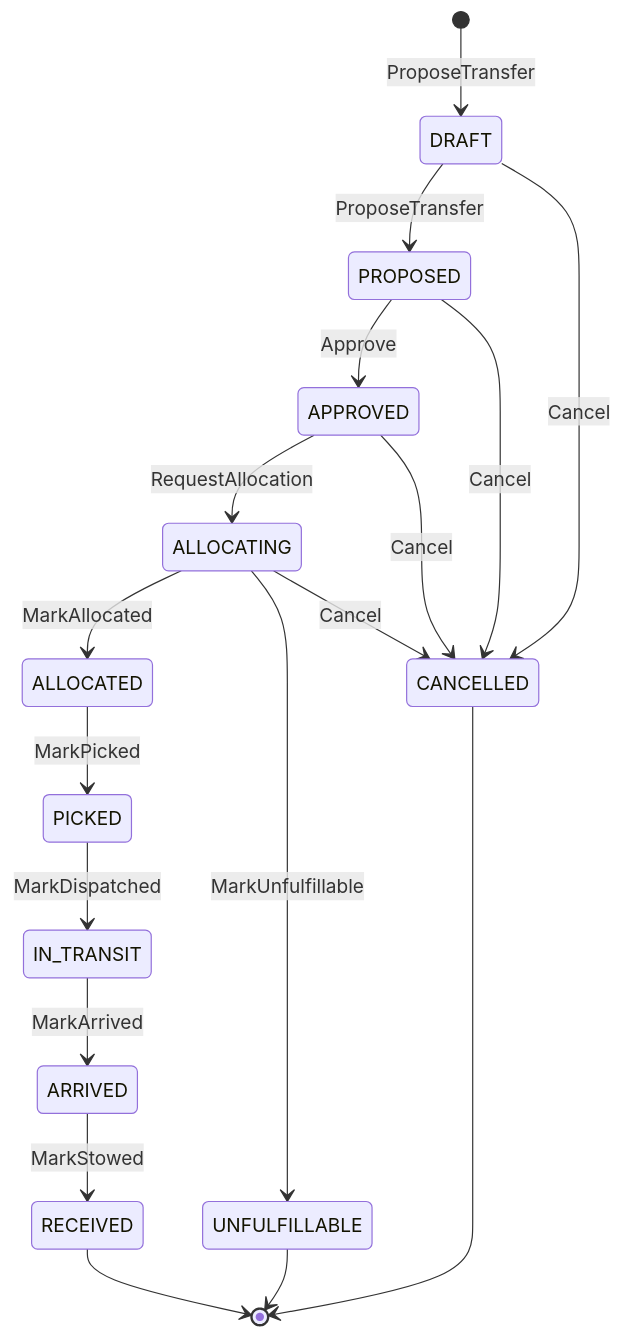
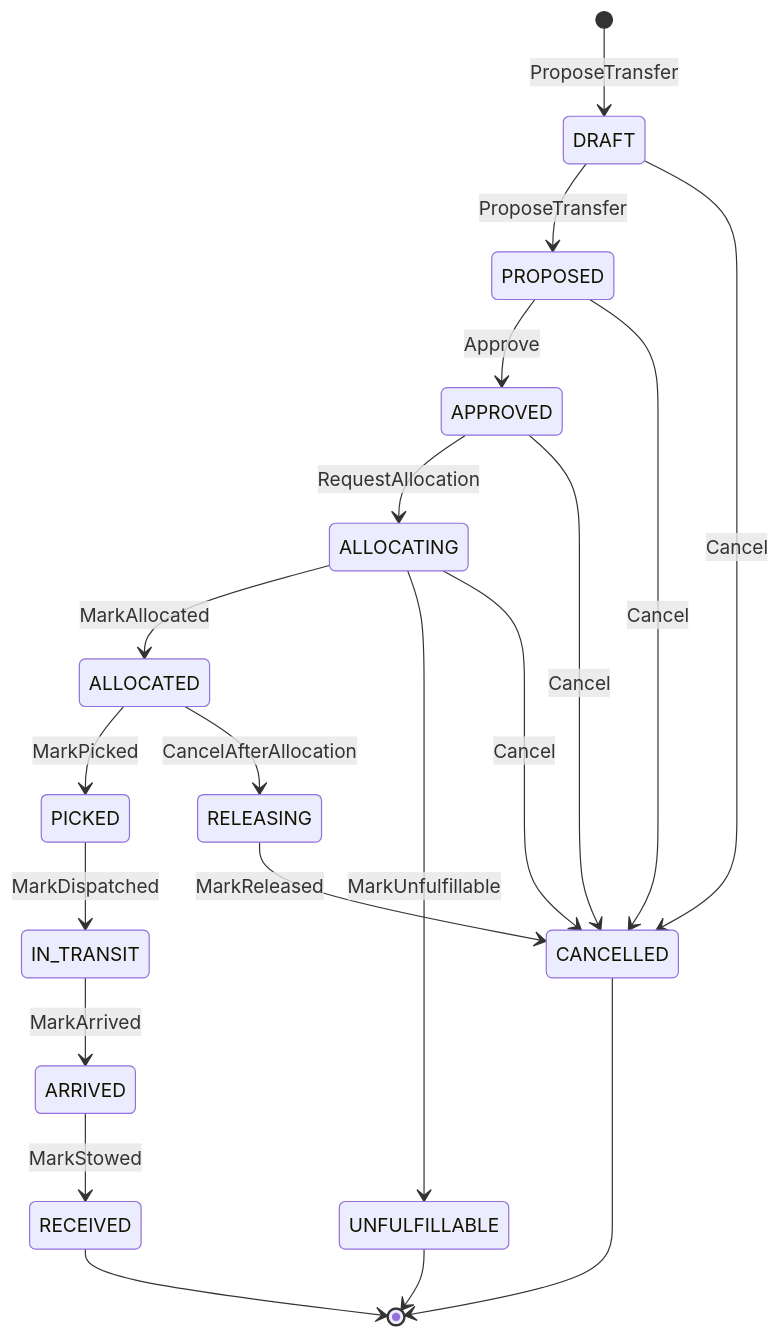
The diagram in docs/docs/ddd/aggregate-design-canvas.md (IQVO/network-inventory-planning), drawn with Mermaid before and after one commit. The commit also changed other lines of this file and 15 other files, not shown here.

````diff
--- a/docs/docs/ddd/aggregate-design-canvas.md
+++ b/docs/docs/ddd/aggregate-design-canvas.md
@@ -30,20 +30,22 @@
 ```mermaid
 stateDiagram-v2
   [*] --> DRAFT : ProposeTransfer
   DRAFT --> PROPOSED : ProposeTransfer
   PROPOSED --> APPROVED : Approve
   APPROVED --> ALLOCATING : RequestAllocation
   ALLOCATING --> ALLOCATED : MarkAllocated
   ALLOCATING --> UNFULFILLABLE : MarkUnfulfillable
   ALLOCATED --> PICKED : MarkPicked
   PICKED --> IN_TRANSIT : MarkDispatched
   IN_TRANSIT --> ARRIVED : MarkArrived
   ARRIVED --> RECEIVED : MarkStowed
   DRAFT --> CANCELLED : Cancel
   PROPOSED --> CANCELLED : Cancel
   APPROVED --> CANCELLED : Cancel
   ALLOCATING --> CANCELLED : Cancel
+  ALLOCATED --> RELEASING : CancelAfterAllocation
+  RELEASING --> CANCELLED : MarkReleased
   RECEIVED --> [*]
   UNFULFILLABLE --> [*]
   CANCELLED --> [*]
 ```
````
